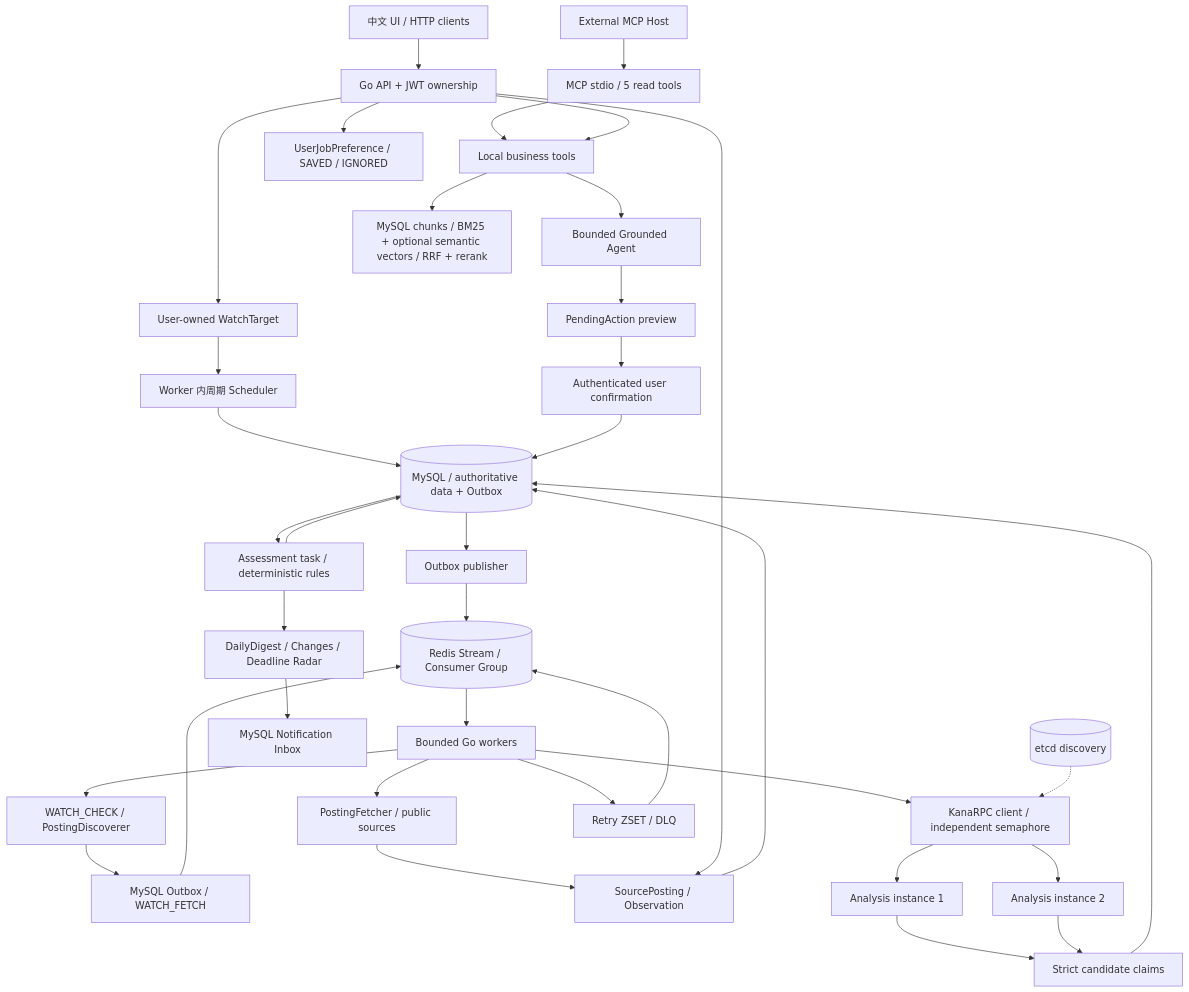
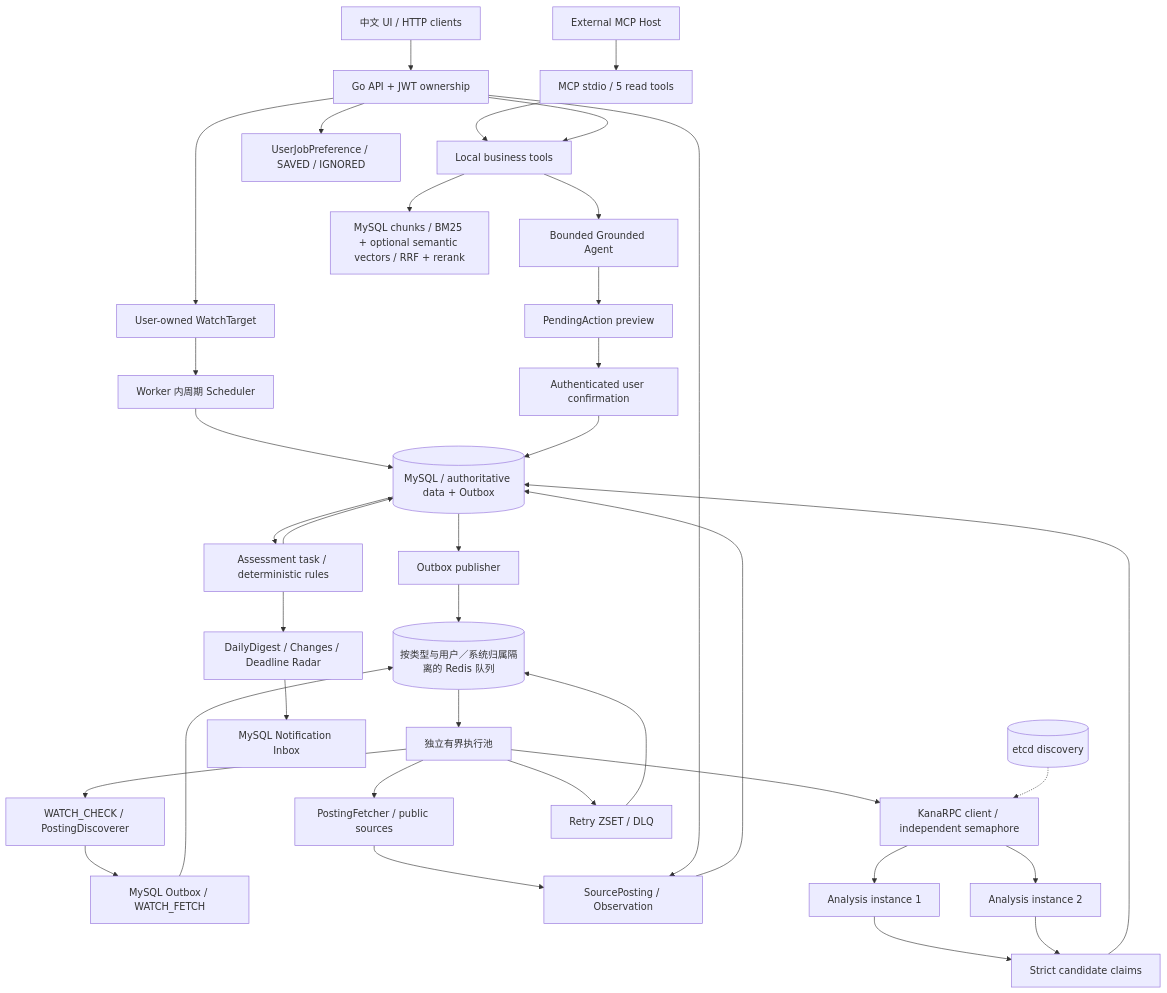
The diagram in docs/architecture.md (KanaDoodle/CampusTrace), drawn with Mermaid before and after one commit. The commit also changed other lines of this file and 91 other files, not shown here.

````diff
--- a/docs/architecture.md
+++ b/docs/architecture.md
@@ -23,39 +23,39 @@
 ```mermaid
 flowchart TD
   UI[中文 UI / HTTP clients] --> API[Go API + JWT ownership]
   Host[External MCP Host] --> MCP[MCP stdio / 5 read tools]
   MCP --> Tools[Local business tools]
   API --> Tools
   API --> Watch[User-owned WatchTarget]
   Watch --> Scheduler[Worker 内周期 Scheduler]
   Scheduler --> DB
   Worker --> Discover[WATCH_CHECK / PostingDiscoverer]
   Discover --> Fanout[MySQL Outbox / WATCH_FETCH]
   Fanout --> Stream
   Worker --> Fetch[PostingFetcher / public sources]
   Fetch --> O[SourcePosting / Observation]
   API --> O
   Rules --> Radar[DailyDigest / Changes / Deadline Radar]
   Radar --> Inbox[MySQL Notification Inbox]
   API --> Preference[UserJobPreference / SAVED / IGNORED]
   O --> DB[(MySQL / authoritative data + Outbox)]
   DB --> Publisher[Outbox publisher]
-  Publisher --> Stream[(Redis Stream / Consumer Group)]
-  Stream --> Worker[Bounded Go workers]
+  Publisher --> Stream[(按类型与用户／系统归属隔离的 Redis 队列)]
+  Stream --> Worker[独立有界执行池]
   Worker --> RPC[KanaRPC client / independent semaphore]
   Etcd[(etcd discovery)] -.-> RPC
   RPC --> A1[Analysis instance 1]
   RPC --> A2[Analysis instance 2]
   A1 --> Claims[Strict candidate claims]
   A2 --> Claims
   Claims --> DB
   DB --> Rules[Assessment task / deterministic rules]
   Rules --> DB
   Worker --> Retry[Retry ZSET / DLQ]
   Retry --> Stream
   Tools --> Agent[Bounded Grounded Agent]
   Agent --> Pending[PendingAction preview]
   Pending --> Confirm[Authenticated user confirmation]
   Confirm --> DB
   Tools --> RAG[MySQL chunks / BM25 + optional semantic vectors / RRF + rerank]
 ```
````
